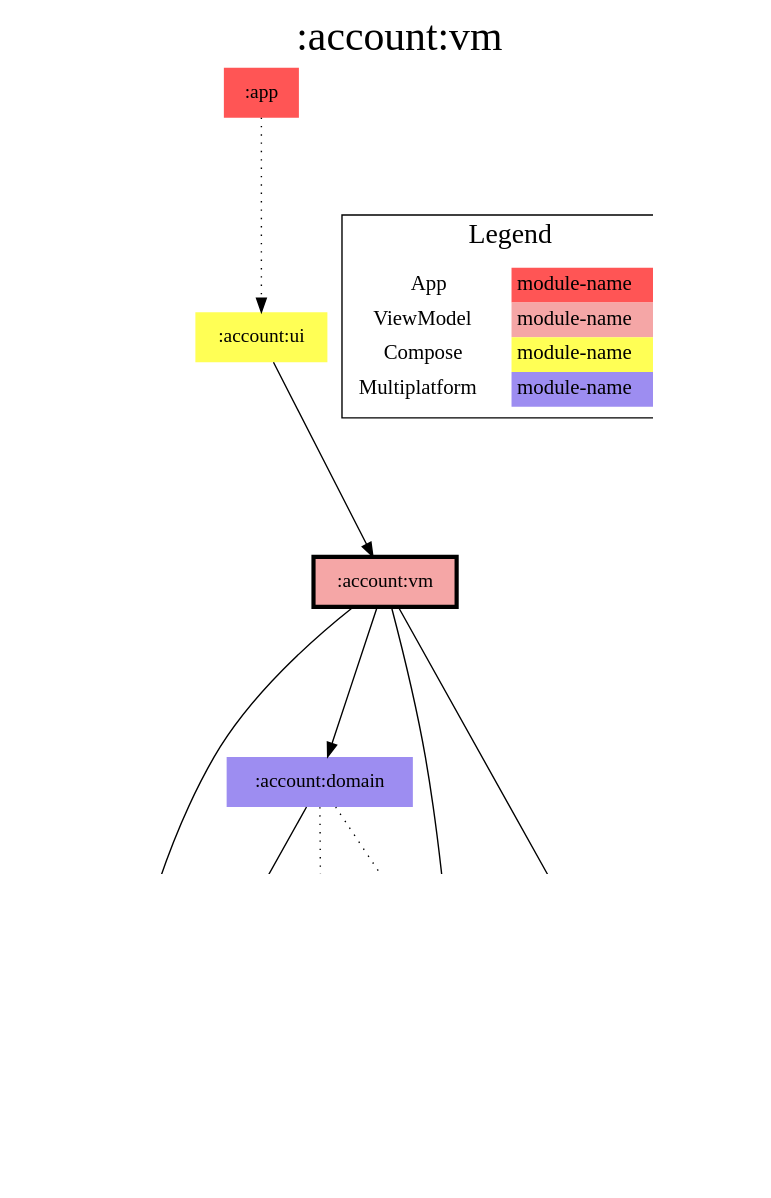
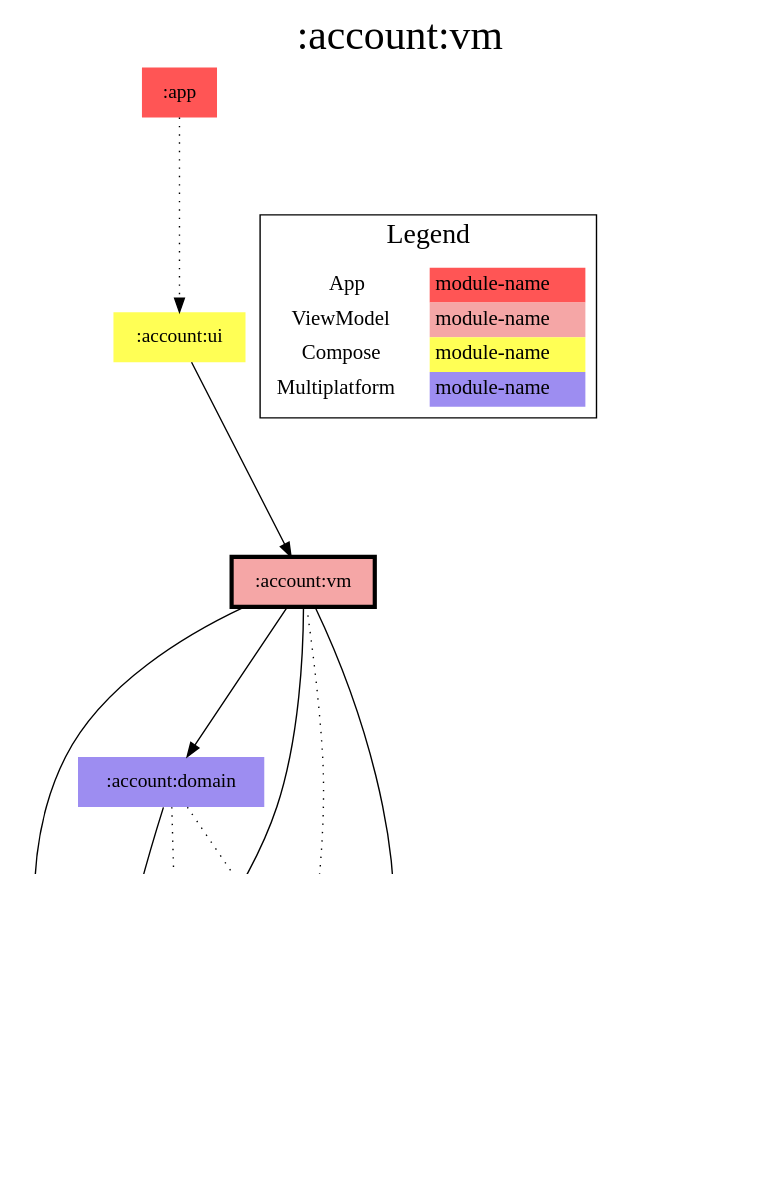
The diagram in modules/account/vm/modules.dot (jonapoul/aktual), drawn with Graphviz before and after one commit. The commit also changed 58 other files, not shown here.

```diff
--- a/modules/account/vm/modules.dot
+++ b/modules/account/vm/modules.dot
@@ -1,47 +1,48 @@
 digraph {
 edge ["dir"="forward"]
 graph ["dpi"="100","label"=":account:vm","labelloc"="t","fontsize"="30","ranksep"="1.5","rankdir"="TB"]
 node ["style"="filled"]
 ":account:domain" ["fillcolor"="#9D8DF1","shape"="none"]
 ":account:model" ["fillcolor"="#9D8DF1","shape"="none"]
 ":account:ui" ["fillcolor"="#FFFF55","shape"="none"]
 ":account:vm" ["fillcolor"="#F5A6A6","color"="black","penwidth"="3","shape"="box"]
 ":api:actual" ["fillcolor"="#9D8DF1","shape"="none"]
 ":app" ["fillcolor"="#FF5555","shape"="none"]
 ":budget:model" ["fillcolor"="#9D8DF1","shape"="none"]
 ":codegen:annotation" ["fillcolor"="#9D8DF1","shape"="none"]
 ":core:model" ["fillcolor"="#9D8DF1","shape"="none"]
 ":prefs" ["fillcolor"="#9D8DF1","shape"="none"]
 {
 edge ["dir"="none"]
 graph ["rank"="same"]
 ":account:vm"
 }
 ":account:domain" -> ":account:model"
 ":account:domain" -> ":api:actual" ["style"="dotted"]
 ":account:domain" -> ":prefs" ["style"="dotted"]
 ":account:ui" -> ":account:vm"
 ":account:vm" -> ":account:domain"
 ":account:vm" -> ":account:model"
+":account:vm" -> ":api:actual" ["style"="dotted"]
 ":account:vm" -> ":core:model"
 ":account:vm" -> ":prefs"
 ":api:actual" -> ":account:model"
 ":api:actual" -> ":budget:model"
 ":api:actual" -> ":codegen:annotation" ["style"="dotted"]
 ":api:actual" -> ":core:model"
 ":app" -> ":account:ui" ["style"="dotted"]
 ":prefs" -> ":account:model"
 ":prefs" -> ":core:model"
 subgraph "cluster_legend" {
 edge ["dir"="none"]
 graph ["label"="Legend","fontsize"="20"]
 "Legend" ["style"="filled","fillcolor"="#FFFFFF","shape"="none","margin"="0","fontsize"="15","label"=<
 <TABLE BORDER="0" CELLBORDER="0" CELLSPACING="0" CELLPADDING="4">
 <TR><TD>App</TD><TD BGCOLOR="#FF5555">module-name</TD></TR>
 <TR><TD>ViewModel</TD><TD BGCOLOR="#F5A6A6">module-name</TD></TR>
 <TR><TD>Compose</TD><TD BGCOLOR="#FFFF55">module-name</TD></TR>
 <TR><TD>Multiplatform</TD><TD BGCOLOR="#9D8DF1">module-name</TD></TR>
 </TABLE>
 >]
 } -> ":account:vm" ["style"="invis"]
 }
```
